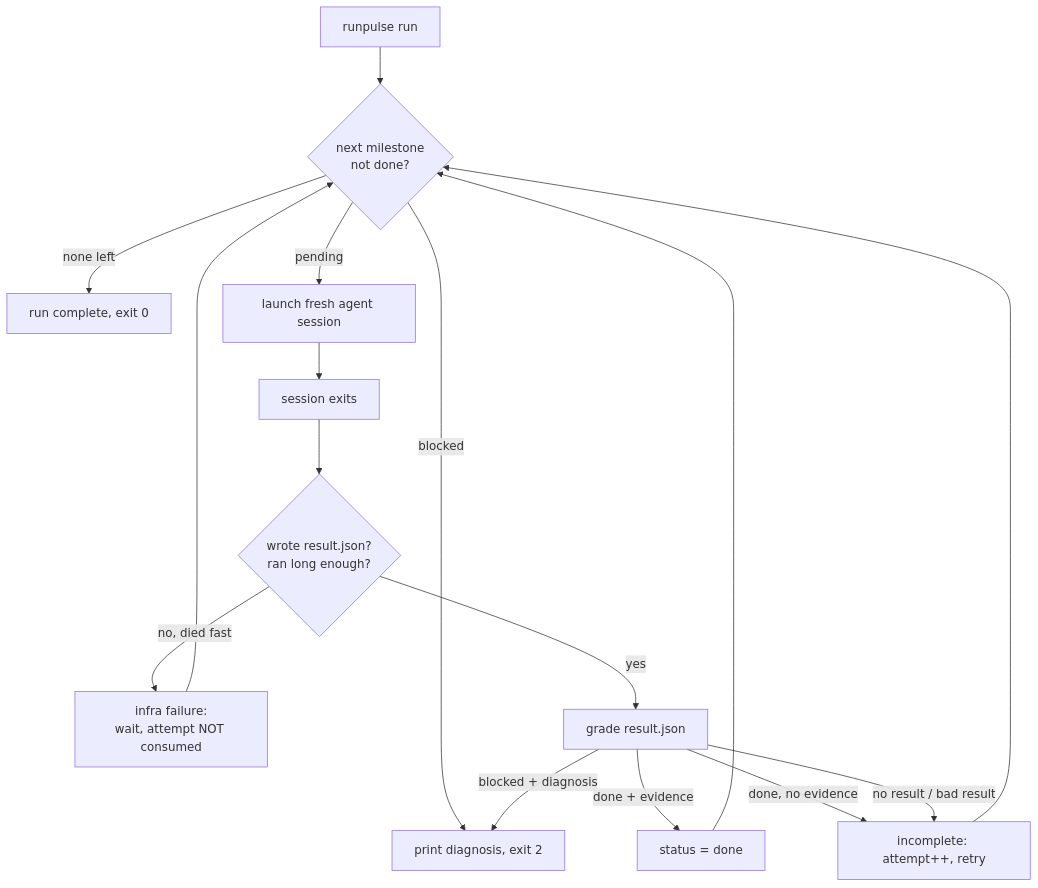
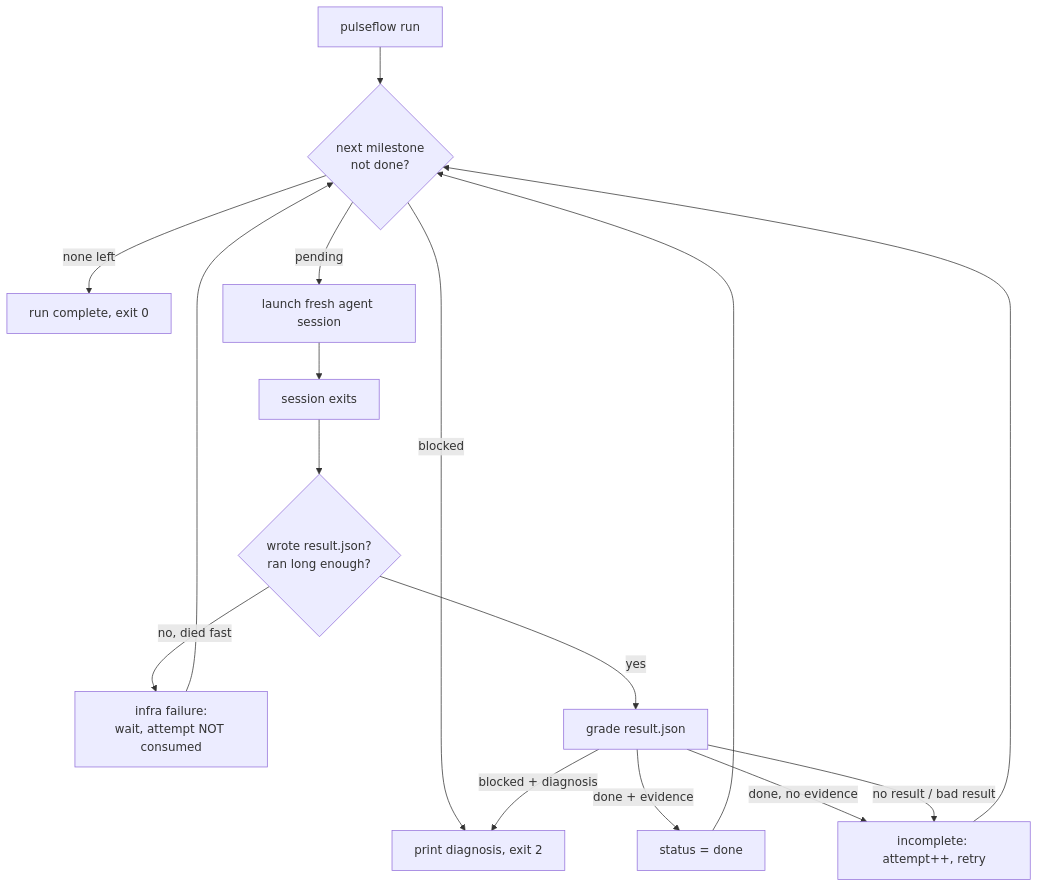
The diagram in docs/GUIDE.md (fabrodz/milestoner), drawn with Mermaid before and after one commit. The commit also changed other lines of this file and 28 other files, not shown here.

First line of the commit message:
refactor: rename runpulse to pulseflow

````diff
--- a/docs/GUIDE.md
+++ b/docs/GUIDE.md
@@ -50,18 +50,18 @@
 ```mermaid
 flowchart TD
-  A[runpulse run] --> B{next milestone<br/>not done?}
+  A[pulseflow run] --> B{next milestone<br/>not done?}
   B -- none left --> Z[run complete, exit 0]
   B -- blocked --> Y[print diagnosis, exit 2]
   B -- pending --> C[launch fresh agent session]
   C --> D[session exits]
   D --> E{wrote result.json?<br/>ran long enough?}
   E -- no, died fast --> F[infra failure:<br/>wait, attempt NOT consumed]
   F --> B
   E -- yes --> G[grade result.json]
   G -- done + evidence --> H[status = done]
   G -- done, no evidence --> I[incomplete: attempt++, retry]
   G -- blocked + diagnosis --> Y
   G -- no result / bad result --> I
   I --> B
   H --> B
 ```
````
